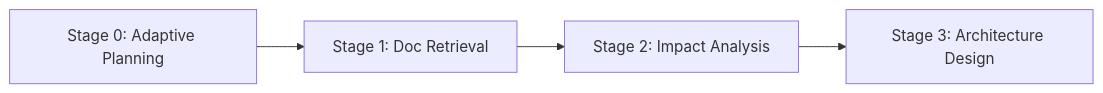
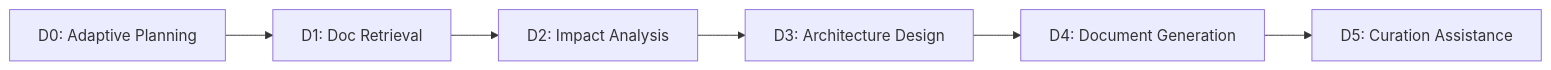
The diagram in agents/docer/AGENT.md (effiy/YrY), drawn with Mermaid before and after one commit. The commit also changed other lines of this file and 4 other files, not shown here.

````diff
--- a/agents/docer/AGENT.md
+++ b/agents/docer/AGENT.md
@@ -67,6 +79,8 @@
 ```mermaid
 graph LR
-    S0[Stage 0: Adaptive Planning] --> S1[Stage 1: Doc Retrieval]
-    S1 --> S2[Stage 2: Impact Analysis]
-    S2 --> S3[Stage 3: Architecture Design]
+    S0[D0: Adaptive Planning] --> S1[D1: Doc Retrieval]
+    S1 --> S2[D2: Impact Analysis]
+    S2 --> S3[D3: Architecture Design]
+    S3 --> S4[D4: Document Generation]
+    S4 --> S5[D5: Curation Assistance]
 ```
````
